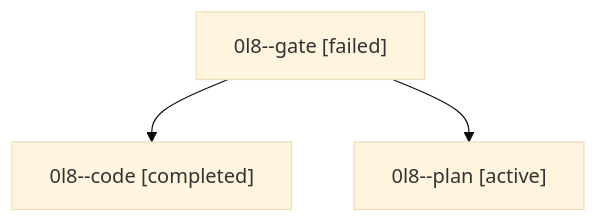
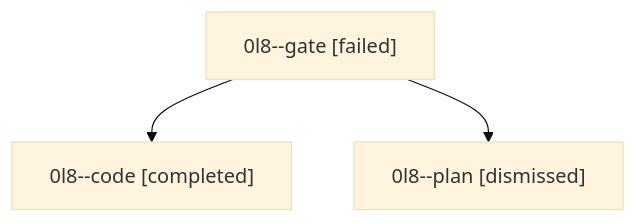
The diagram in sessions/bbugyi200.athena.0l8.md (sase-org/sase--agents), drawn with Mermaid (base theme) before and after one commit. The commit also changed other lines of this file and 50 other files, not shown here.

````diff
--- a/sessions/bbugyi200.athena.0l8.md
+++ b/sessions/bbugyi200.athena.0l8.md
@@ -9,8 +9,8 @@
 ```mermaid
 flowchart TD
   n0["0l8--gate [failed]"]
   n1["0l8--code [completed]"]
   n0 --> n1
-  n2["0l8--plan [active]"]
+  n2["0l8--plan [dismissed]"]
   n0 --> n2
 ```
````
